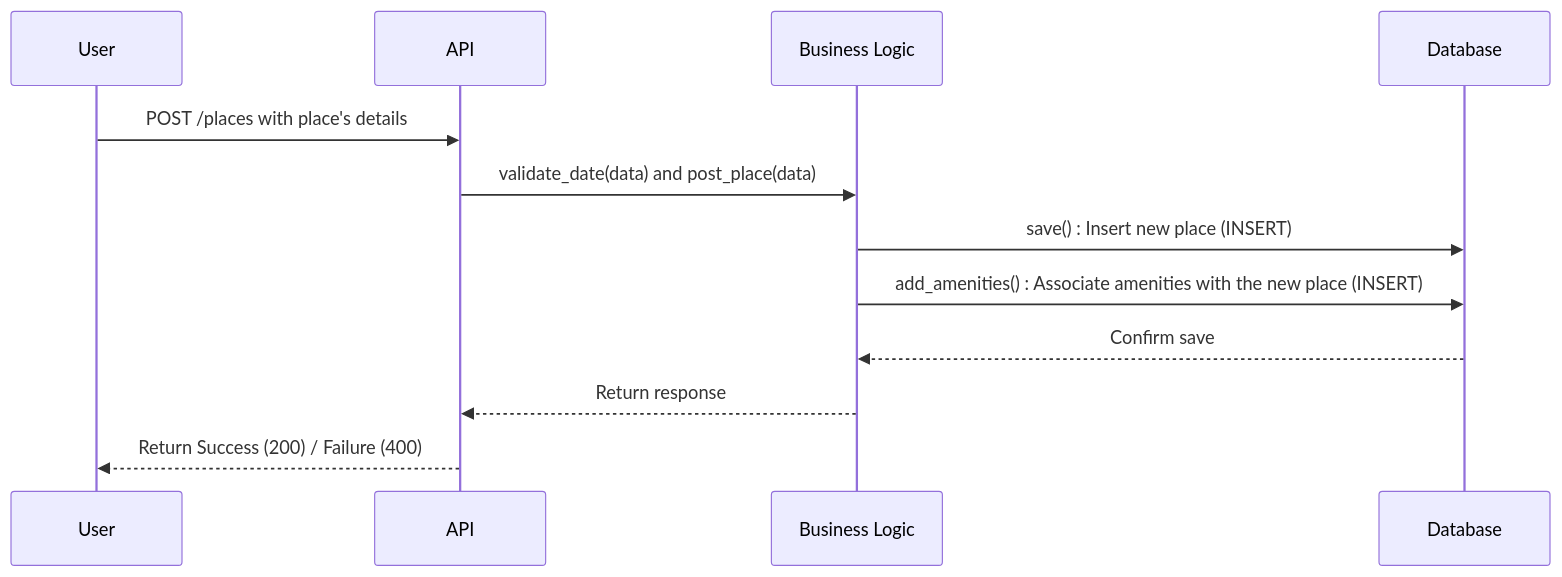
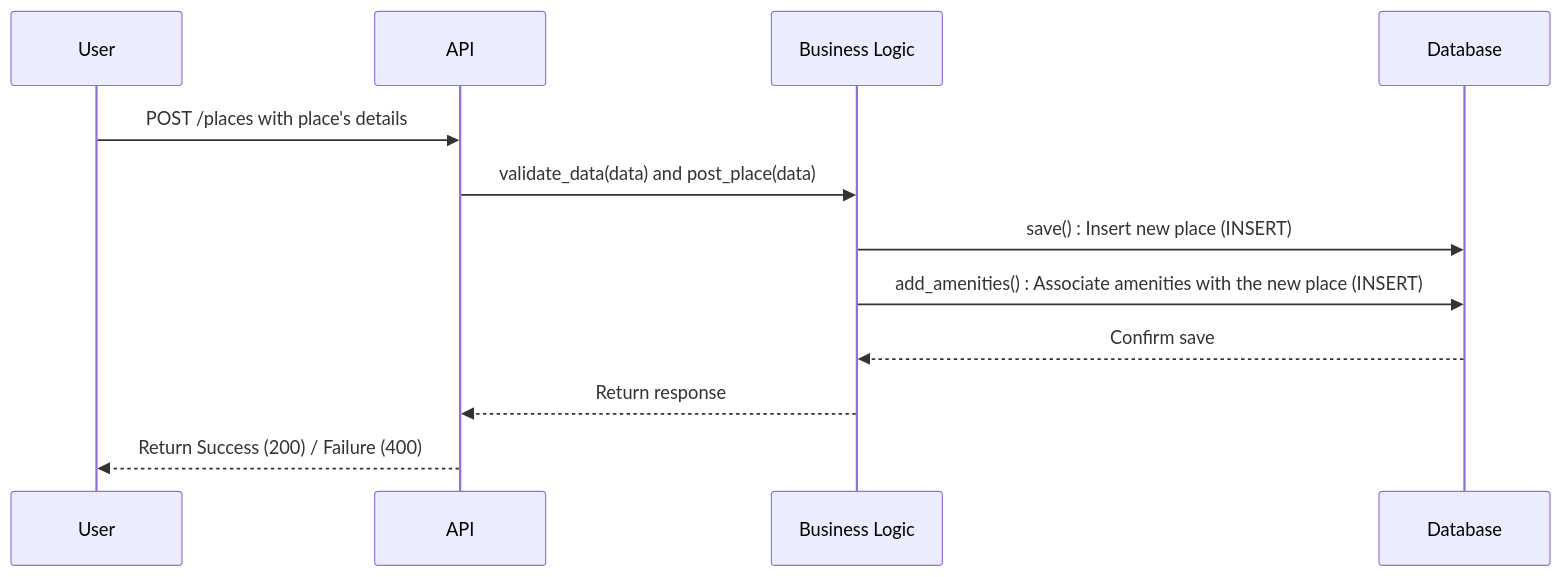
One commit to rmarcais/holbertonschool-hbnb changed the diagram in part1/task2/placeCreation.mermaid. Above: the diagram before and after it, drawn with Mermaid. The commit also changed 2 other files, not shown here.

Commit message:
Update methods' names and add reviewSubmission.mermaid

```diff
--- a/part1/task2/placeCreation.mermaid
+++ b/part1/task2/placeCreation.mermaid
@@ -1,13 +1,13 @@
 sequenceDiagram
     participant User
     participant API
     participant Business Logic
     participant Database
 
     User ->> API: POST /places with place's details
-    API ->> Business Logic: validate_date(data) and post_place(data)
+    API ->> Business Logic: validate_data(data) and post_place(data)
     Business Logic ->> Database: save() : Insert new place (INSERT)
     Business Logic ->> Database: add_amenities() : Associate amenities with the new place (INSERT)
     Database -->> Business Logic: Confirm save
     Business Logic -->> API: Return response
     API -->> User: Return Success (200) / Failure (400)
```
